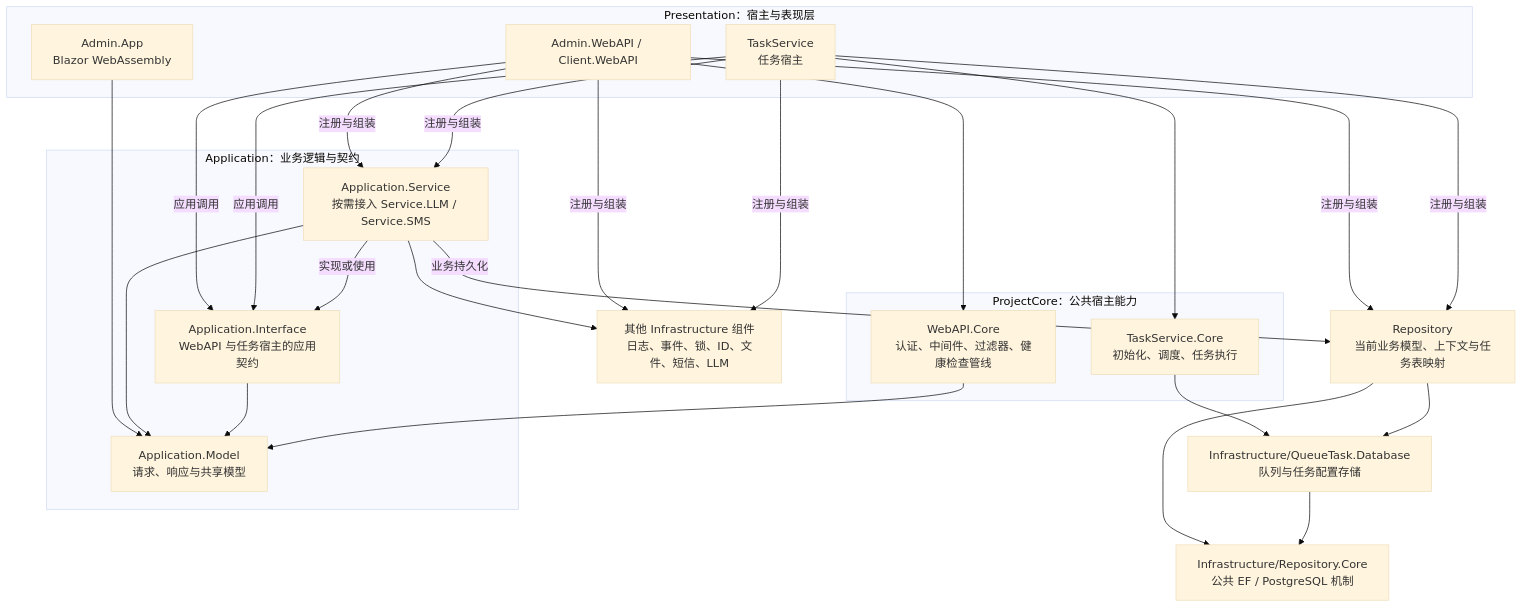
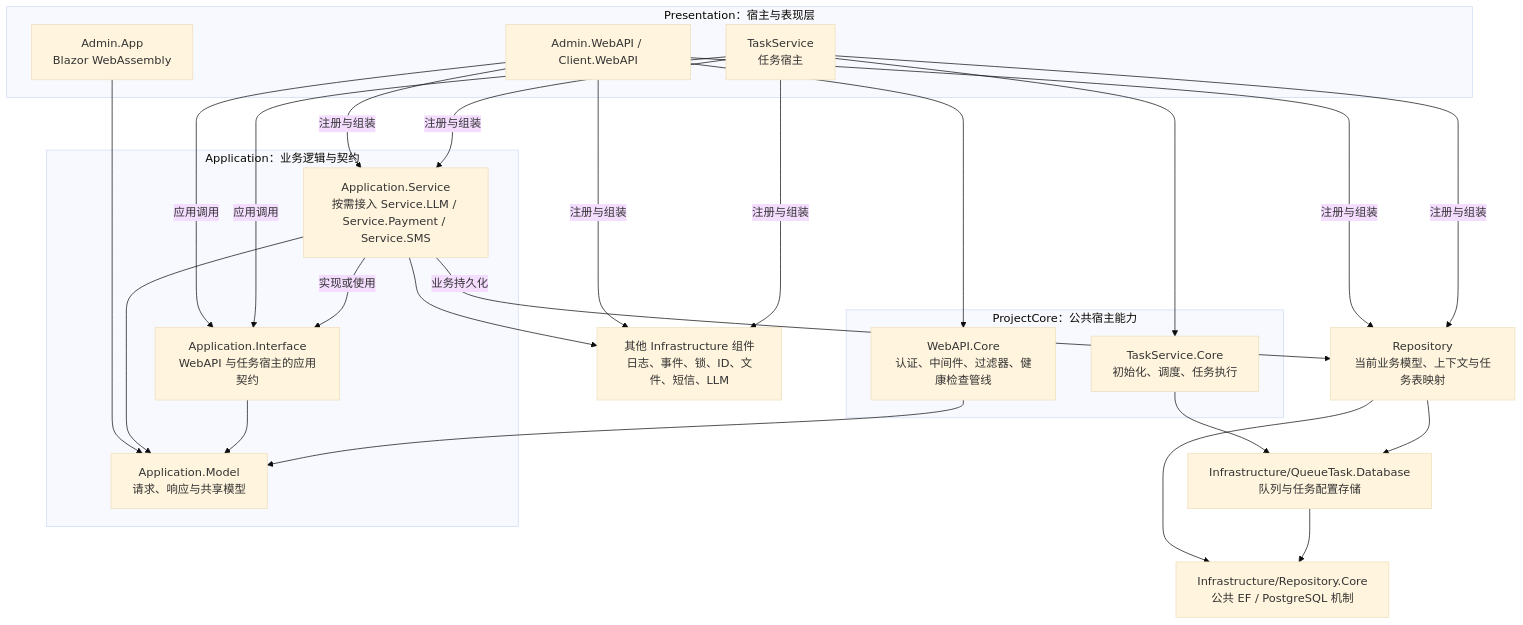
One commit to dashiell-zhang/NetEngine changed the first of 12 diagrams in Docs/ArchitectureDiagrams.md. Above: the diagram before and after it, drawn with Mermaid (base theme). The commit also changed other lines of this file and 62 other files, not shown here.

````diff
--- a/Docs/ArchitectureDiagrams.md
+++ b/Docs/ArchitectureDiagrams.md
@@ -11,46 +11,46 @@
 ```mermaid
 flowchart TB
     subgraph Presentation["Presentation：宿主与表现层"]
         AdminUI["Admin.App<br/>Blazor WebAssembly"]
         APIs["Admin.WebAPI / Client.WebAPI"]
         WorkerHost["TaskService<br/>任务宿主"]
     end
 
     subgraph ProjectCore["ProjectCore：公共宿主能力"]
         WebCore["WebAPI.Core<br/>认证、中间件、过滤器、健康检查管线"]
         TaskCore["TaskService.Core<br/>初始化、调度、任务执行"]
     end
 
     subgraph Application["Application：业务逻辑与契约"]
-        AppServices["Application.Service<br/>按需接入 Service.LLM / Service.SMS"]
+        AppServices["Application.Service<br/>按需接入 Service.LLM / Service.Payment / Service.SMS"]
         Models["Application.Model<br/>请求、响应与共享模型"]
         Contracts["Application.Interface<br/>WebAPI 与任务宿主的应用契约"]
     end
 
     Repo["Repository<br/>当前业务模型、上下文与任务表映射"]
     Queue["Infrastructure/QueueTask.Database<br/>队列与任务配置存储"]
     DbCore["Infrastructure/Repository.Core<br/>公共 EF / PostgreSQL 机制"]
     Infra["其他 Infrastructure 组件<br/>日志、事件、锁、ID、文件、短信、LLM"]
 
     AdminUI --> Models
     APIs --> WebCore
     APIs -->|应用调用| Contracts
     APIs -->|注册与组装| AppServices
     WorkerHost --> TaskCore
     WorkerHost -->|应用调用| Contracts
     WorkerHost -->|注册与组装| AppServices
     APIs -->|注册与组装| Repo
     APIs -->|注册与组装| Infra
     WorkerHost -->|注册与组装| Repo
     WorkerHost -->|注册与组装| Infra
     AppServices -->|业务持久化| Repo
     AppServices --> Models
     AppServices -->|实现或使用| Contracts
     Contracts --> Models
     AppServices --> Infra
     WebCore --> Models
     TaskCore --> Queue
     Repo --> Queue
     Repo --> DbCore
     Queue --> DbCore
 ```
````
